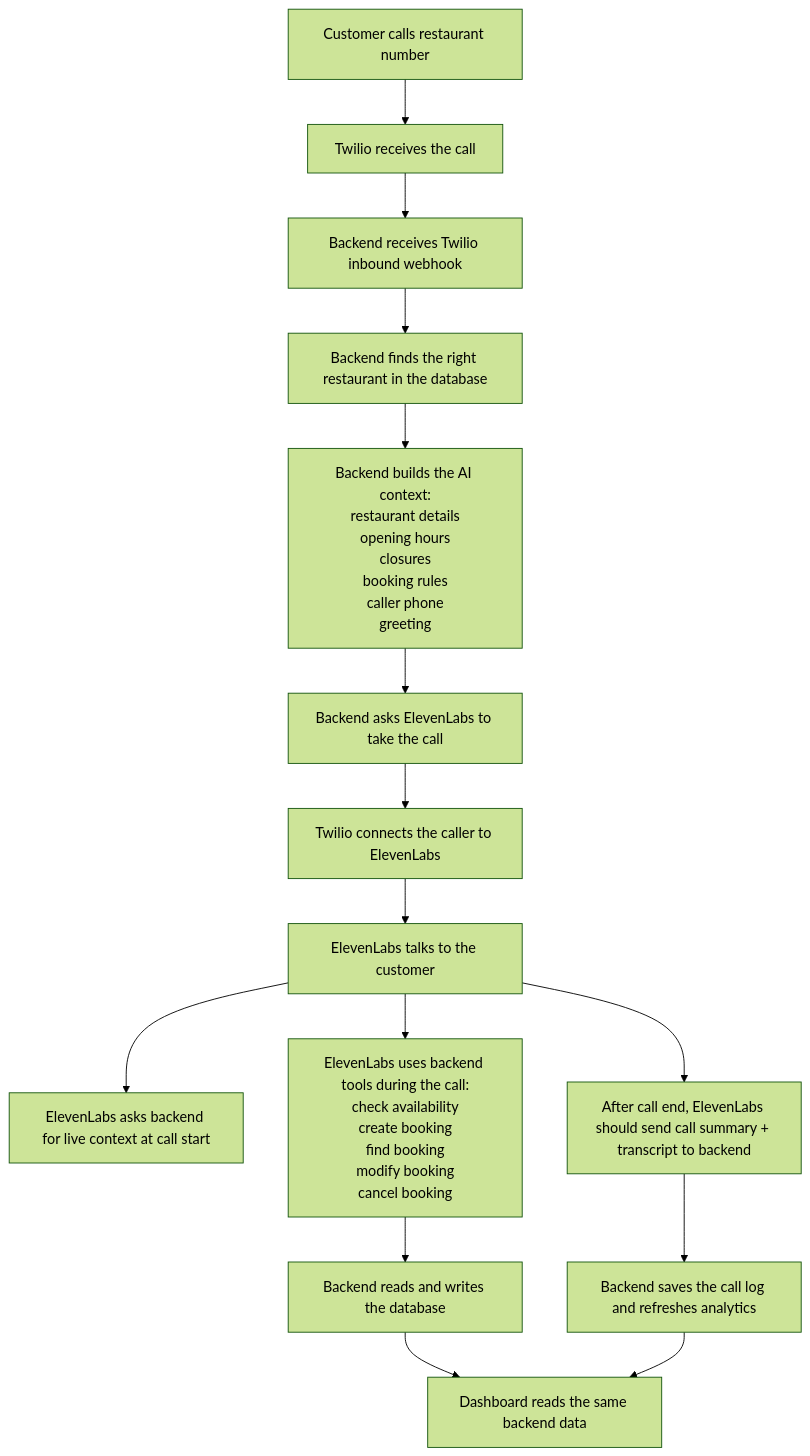
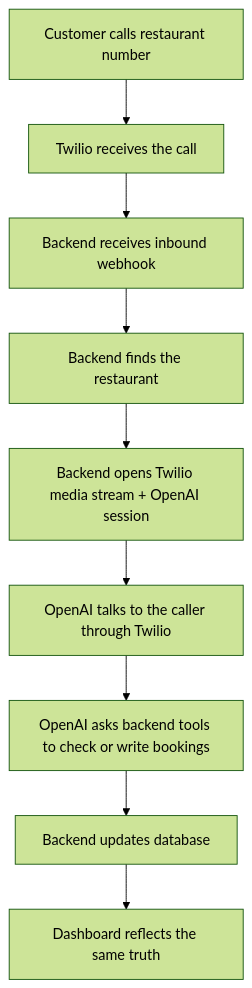
The diagram in docs/APP_INTERACTIONS_FLOW.md (jmf42/RistoranteAI), drawn with Mermaid (forest theme) before and after one commit. The commit also changed other lines of this file and 68 other files, not shown here.

First line of the commit message:
Fix create_booking KeyError, PBKDF2 latency, and DB connection leak

````diff
--- a/docs/APP_INTERACTIONS_FLOW.md
+++ b/docs/APP_INTERACTIONS_FLOW.md
@@ -26,28 +26,11 @@
 ```mermaid
 flowchart TD
     A["Customer calls restaurant number"] --> B["Twilio receives the call"]
-    B --> C["Backend receives Twilio inbound webhook"]
-    C --> D["Backend finds the right restaurant in the database"]
-    D --> E["Backend builds the AI context:
-restaurant details
-opening hours
-closures
-booking rules
-caller phone
-greeting"]
-    E --> F["Backend asks ElevenLabs to take the call"]
-    F --> G["Twilio connects the caller to ElevenLabs"]
-    G --> H["ElevenLabs talks to the customer"]
-    H --> I["ElevenLabs asks backend for live context at call start"]
-    H --> J["ElevenLabs uses backend tools during the call:
-check availability
-create booking
-find booking
-modify booking
-cancel booking"]
-    J --> K["Backend reads and writes the database"]
-    K --> L["Dashboard reads the same backend data"]
-    H --> M["After call end, ElevenLabs should send call summary + transcript to backend"]
-    M --> N["Backend saves the call log and refreshes analytics"]
-    N --> L
+    B --> C["Backend receives inbound webhook"]
+    C --> D["Backend finds the restaurant"]
+    D --> E["Backend opens Twilio media stream + OpenAI session"]
+    E --> F["OpenAI talks to the caller through Twilio"]
+    F --> G["OpenAI asks backend tools to check or write bookings"]
+    G --> H["Backend updates database"]
+    H --> I["Dashboard reflects the same truth"]
 ```
````
